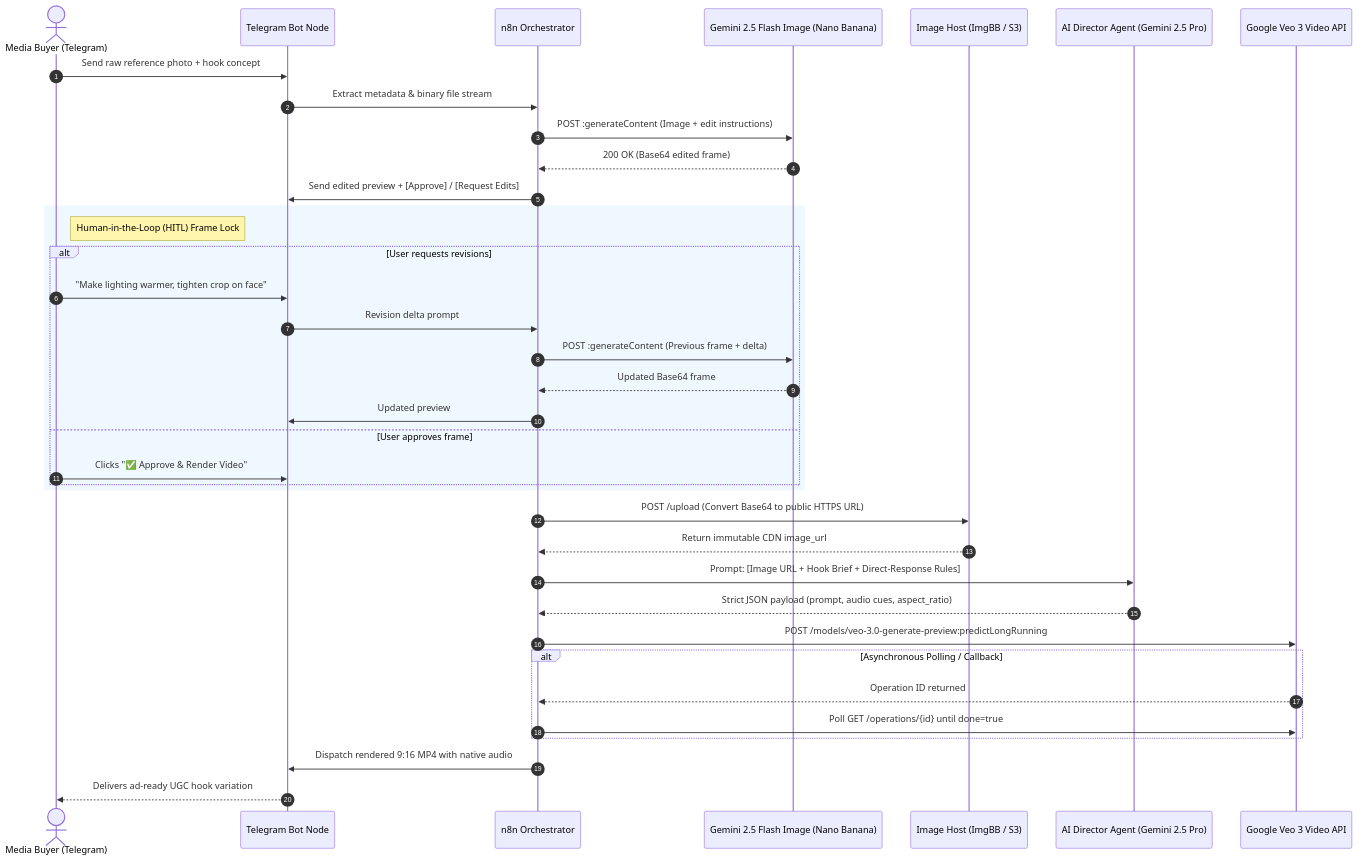
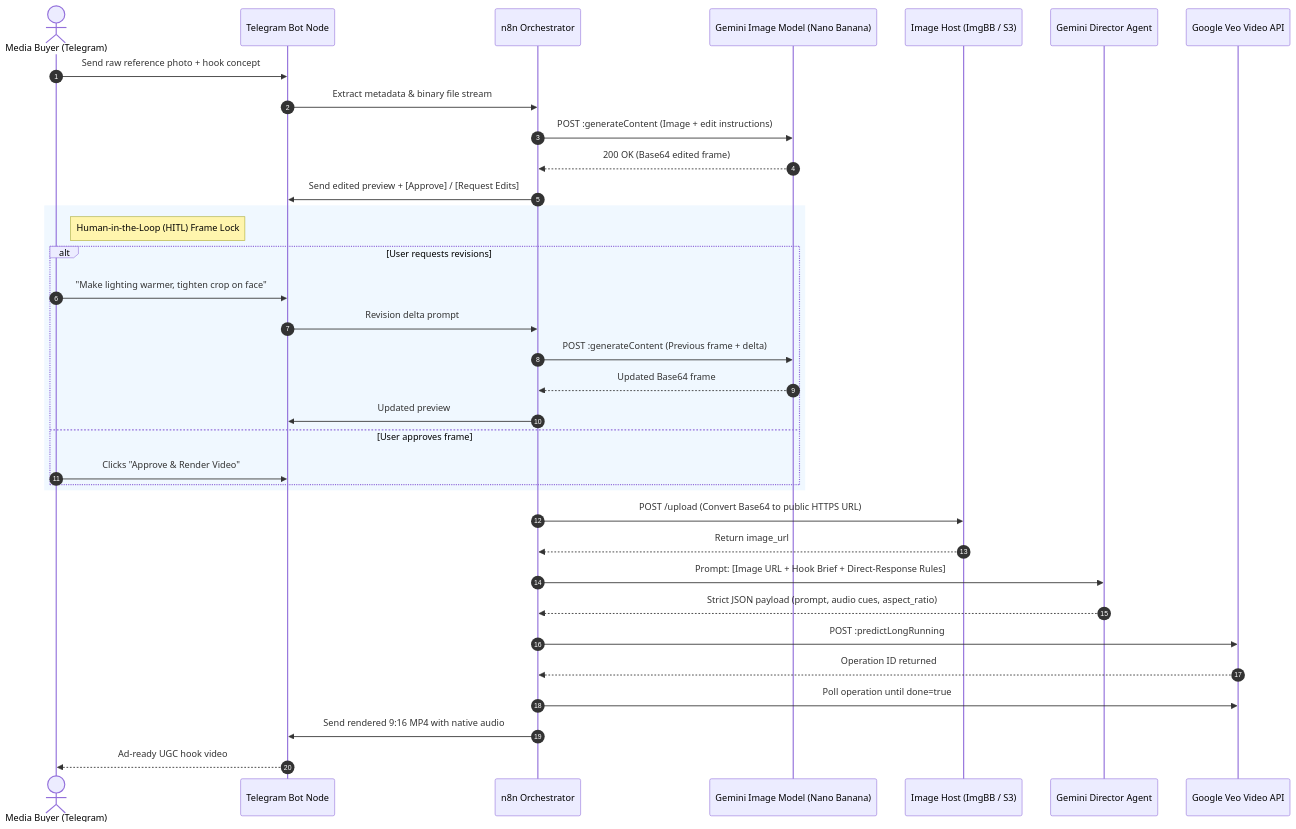
Before and after one commit to TechGenDM/Competitor-Ad-Spy-UGC-Script-Cloner-n8n-Apify-Gemini-Video-Analysis: the diagram in README.md, drawn with Mermaid. The commit also changed other lines of this file and 2 other files, not shown here.

Commit message:
docs: add n8n canvas and telegram bot preview images to README

````diff
--- a/README.md
+++ b/README.md
@@ -55,44 +73,40 @@
 ```mermaid
 sequenceDiagram
     autonumber
     actor User as Media Buyer (Telegram)
     participant TG as Telegram Bot Node
     participant N8N as n8n Orchestrator
-    participant NB as Gemini 2.5 Flash Image (Nano Banana)
+    participant NB as Gemini Image Model (Nano Banana)
     participant CDN as Image Host (ImgBB / S3)
-    participant Agent as AI Director Agent (Gemini 2.5 Pro)
-    participant VideoAPI as Google Veo 3 Video API
+    participant Agent as Gemini Director Agent
+    participant VideoAPI as Google Veo Video API
 
     User->>TG: Send raw reference photo + hook concept
     TG->>N8N: Extract metadata & binary file stream
     N8N->>NB: POST :generateContent (Image + edit instructions)
     NB-->>N8N: 200 OK (Base64 edited frame)
     N8N->>TG: Send edited preview + [Approve] / [Request Edits]
-    
+
     rect rgb(240, 248, 255)
         note right of User: Human-in-the-Loop (HITL) Frame Lock
         alt User requests revisions
             User->>TG: "Make lighting warmer, tighten crop on face"
             TG->>N8N: Revision delta prompt
             N8N->>NB: POST :generateContent (Previous frame + delta)
             NB-->>N8N: Updated Base64 frame
             N8N->>TG: Updated preview
         else User approves frame
-            User->>TG: Clicks "✅ Approve & Render Video"
+            User->>TG: Clicks "Approve & Render Video"
         end
     end
 
     N8N->>CDN: POST /upload (Convert Base64 to public HTTPS URL)
-    CDN-->>N8N: Return immutable CDN image_url
+    CDN-->>N8N: Return image_url
     N8N->>Agent: Prompt: [Image URL + Hook Brief + Direct-Response Rules]
     Agent-->>N8N: Strict JSON payload (prompt, audio cues, aspect_ratio)
-    N8N->>VideoAPI: POST /models/veo-3.0-generate-preview:predictLongRunning
-    
-    alt Asynchronous Polling / Callback
-        VideoAPI-->>N8N: Operation ID returned
-        N8N->>VideoAPI: Poll GET /operations/{id} until done=true
-    end
-
-    N8N->>TG: Dispatch rendered 9:16 MP4 with native audio
-    TG-->>User: Delivers ad-ready UGC hook variation
+    N8N->>VideoAPI: POST :predictLongRunning
+    VideoAPI-->>N8N: Operation ID returned
+    N8N->>VideoAPI: Poll operation until done=true
+    N8N->>TG: Send rendered 9:16 MP4 with native audio
+    TG-->>User: Ad-ready UGC hook video
 ```
````
